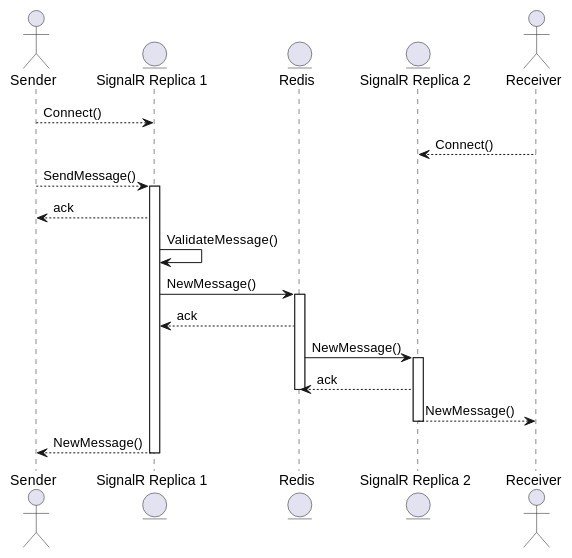
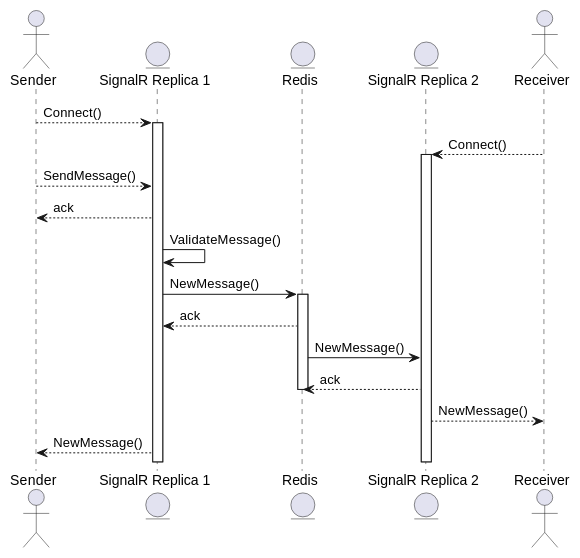
One commit to ldeluigi/microchat changed the fourth of 4 diagrams in docs/architecture/sequence-diagram.md. Above: the diagram before and after it, drawn with PlantUML. The commit also changed other lines of this file, not shown here.

Commit message:
Update sequence diagram with ws handshake

````diff
--- a/docs/architecture/sequence-diagram.md
+++ b/docs/architecture/sequence-diagram.md
@@ -126,26 +142,24 @@
 ```plantuml
 @startuml SendMessageMultipleReplicas
 actor Sender
 entity "SignalR Replica 1" as Chat
 entity Redis
 entity "SignalR Replica 2" as Chat2
 actor Receiver
 Sender --> Chat : Connect()
+activate Chat
 Receiver --> Chat2 : Connect()
+activate Chat2
 Sender -->  Chat : SendMessage()
-activate Chat
 Chat -->  Sender : ack
 Chat -> Chat : ValidateMessage()
 Chat -> Redis : NewMessage()
 activate Redis
 Redis --> Chat : ack
 Redis -> Chat2 : NewMessage()
-activate Chat2
 Chat2 --> Redis : ack
 deactivate Redis
 Chat2 --> Receiver : NewMessage()
-deactivate Chat2
 Chat --> Sender : NewMessage()
-deactivate Chat
 @enduml
 ```
````
